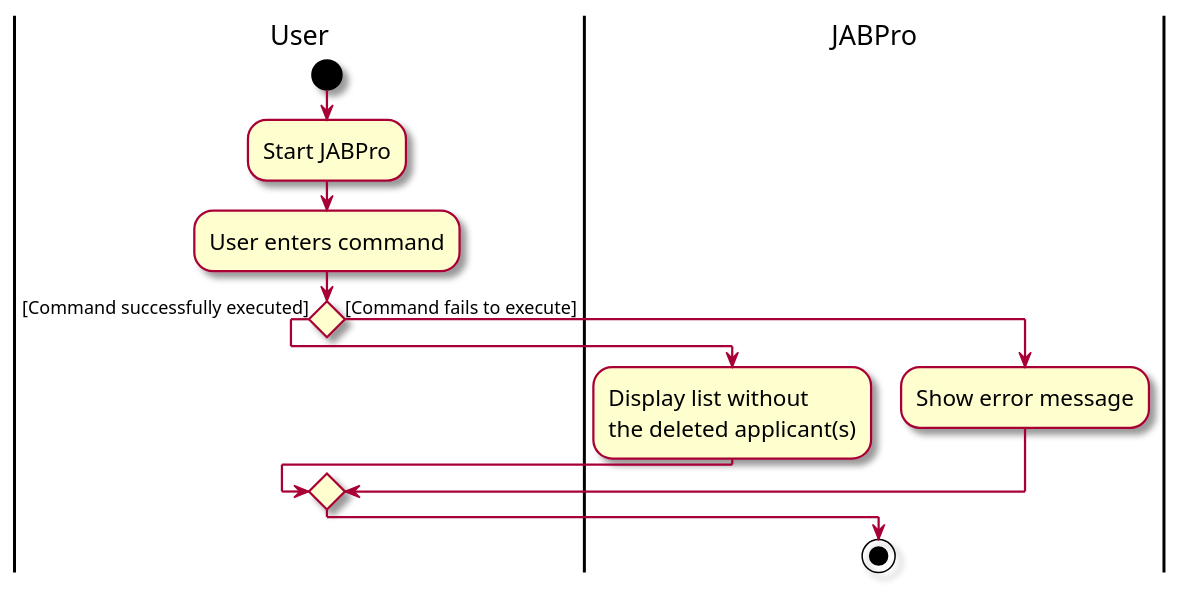
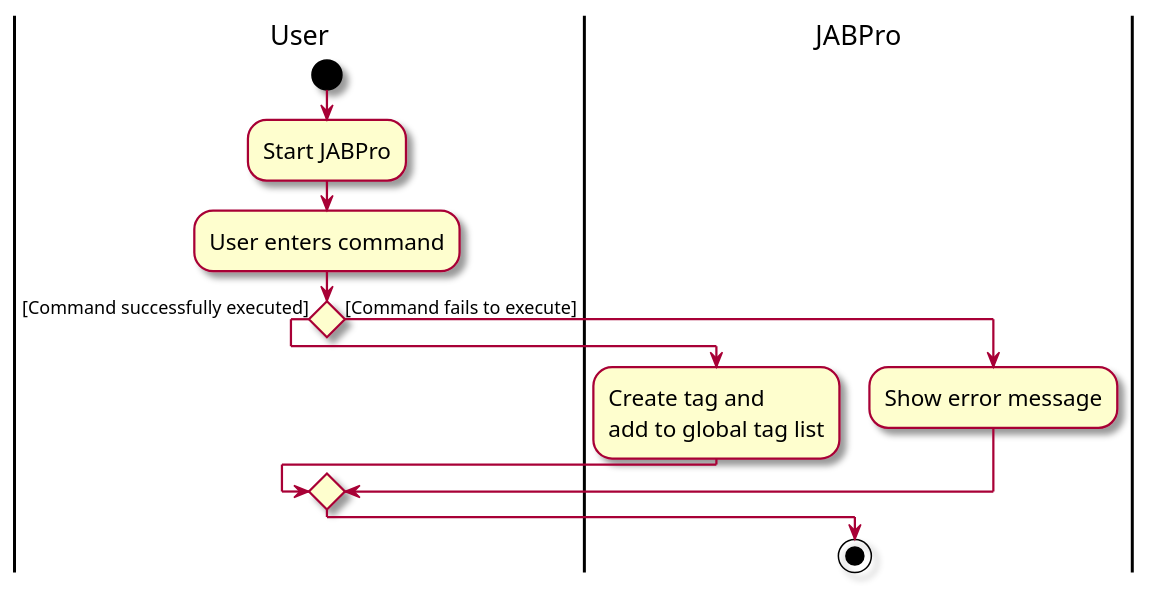
One commit to AriellaCallista/tp changed the diagram in diagrams/DeleteActivityDiagram.puml. Above: the diagram before and after it, drawn with PlantUML. The commit also changed 50 other files, not shown here.

```diff
--- a/diagrams/DeleteActivityDiagram.puml
+++ b/diagrams/DeleteActivityDiagram.puml
@@ -1,19 +1,19 @@
 @startuml
 'https://plantuml.com/activity-diagram-beta
 |User|
 skin rose
 skinparam ActivityFontSize 15
 skinparam ArrowFontSize 12
 start
 :Start JABPro;
 :User enters command;
 
 if () then ([Command successfully executed])
     |JABPro|
-    :Display list without
-    the deleted applicant(s);
+    :Create tag and
+    add to global tag list;
 else ([Command fails to execute])
     :Show error message;
 endif
 stop
 @enduml
```
